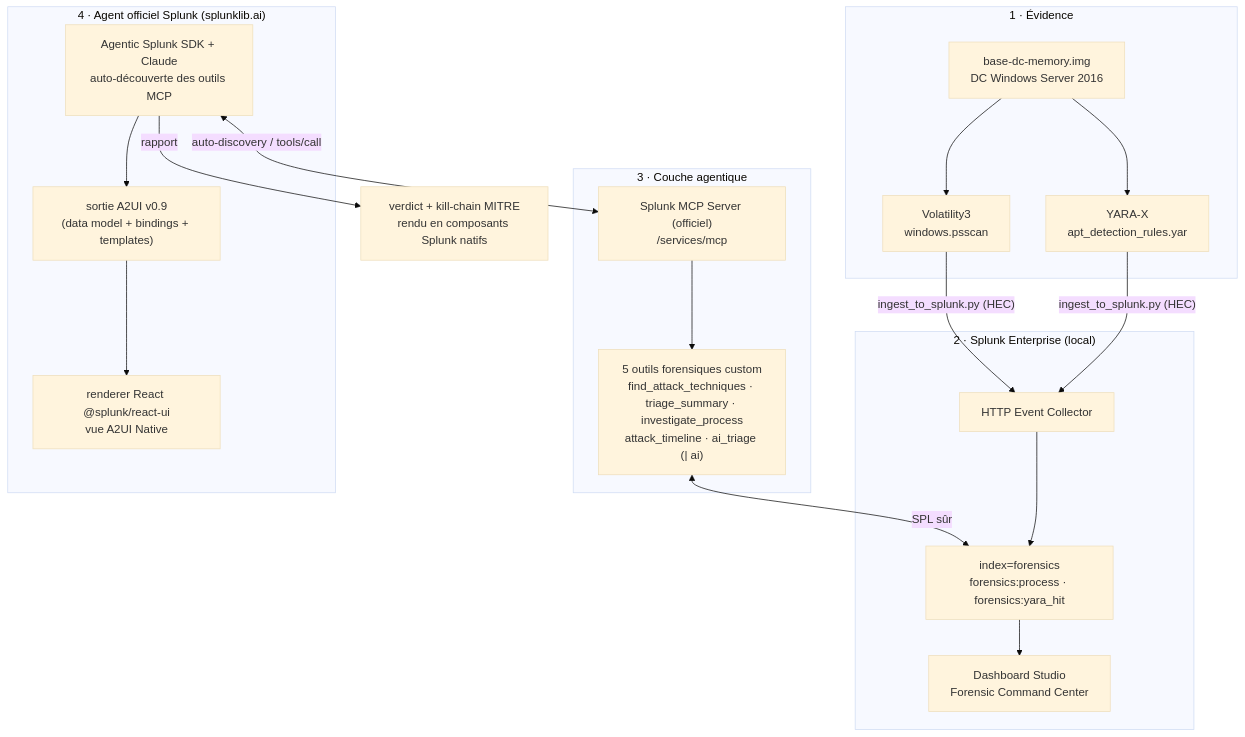
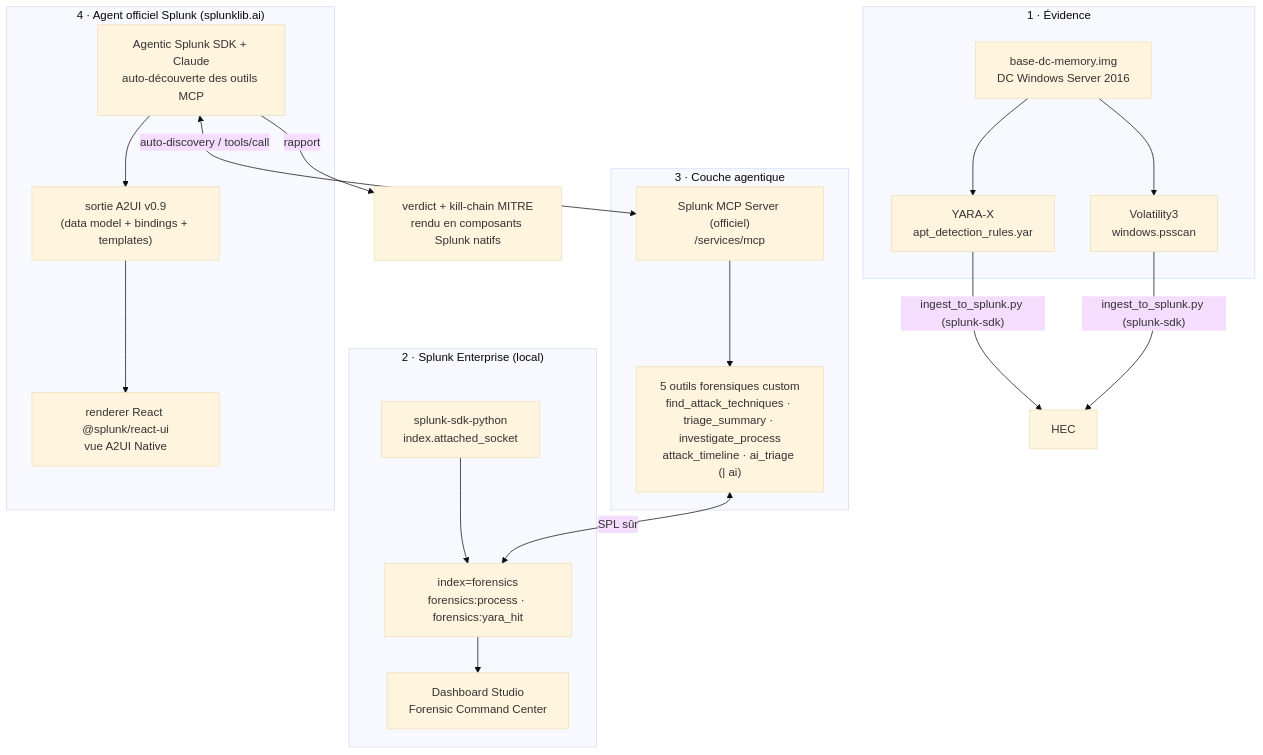
The diagram in README.md (julien2613/find-evil-splunk), drawn with Mermaid (base theme) before and after one commit. The commit also changed 1 other file, not shown here.

Commit message:
docs: diagrammes ingestion via splunk-sdk (au lieu de HEC)

````diff
--- a/README.md
+++ b/README.md
@@ -18,30 +18,30 @@
 ```mermaid
 flowchart TB
     subgraph EV["1 · Évidence"]
         IMG["base-dc-memory.img<br/>DC Windows Server 2016"]
         YARA["YARA-X<br/>apt_detection_rules.yar"]
         VOL["Volatility3<br/>windows.psscan"]
         IMG --> YARA & VOL
     end
     subgraph SPL["2 · Splunk Enterprise (local)"]
-        HEC["HTTP Event Collector"]
+        SDKING["splunk-sdk-python<br/>index.attached_socket"]
         IDX["index=forensics<br/>forensics:process · forensics:yara_hit"]
         DASH["Dashboard Studio<br/>Forensic Command Center"]
-        HEC --> IDX --> DASH
+        SDKING --> IDX --> DASH
     end
     subgraph AG["3 · Couche agentique"]
         MCP["Splunk MCP Server (officiel)<br/>/services/mcp"]
         TOOLS["5 outils forensiques custom<br/>find_attack_techniques · triage_summary · investigate_process<br/>attack_timeline · ai_triage (| ai)"]
         MCP --> TOOLS
     end
     subgraph AGENT["4 · Agent officiel Splunk (splunklib.ai)"]
         SDK["Agentic Splunk SDK + Claude<br/>auto-découverte des outils MCP"]
         A2["sortie A2UI v0.9<br/>(data model + bindings + templates)"]
         REACT["renderer React @splunk/react-ui<br/>vue A2UI Native"]
         SDK --> A2 --> REACT
     end
-    YARA & VOL -->|"ingest_to_splunk.py (HEC)"| HEC
+    YARA & VOL -->|"ingest_to_splunk.py (splunk-sdk)"| HEC
     TOOLS <-->|SPL sûr| IDX
     SDK <-->|"auto-discovery / tools/call"| MCP
     SDK -->|rapport| OUT["verdict + kill-chain MITRE<br/>rendu en composants Splunk natifs"]
 ```
````
